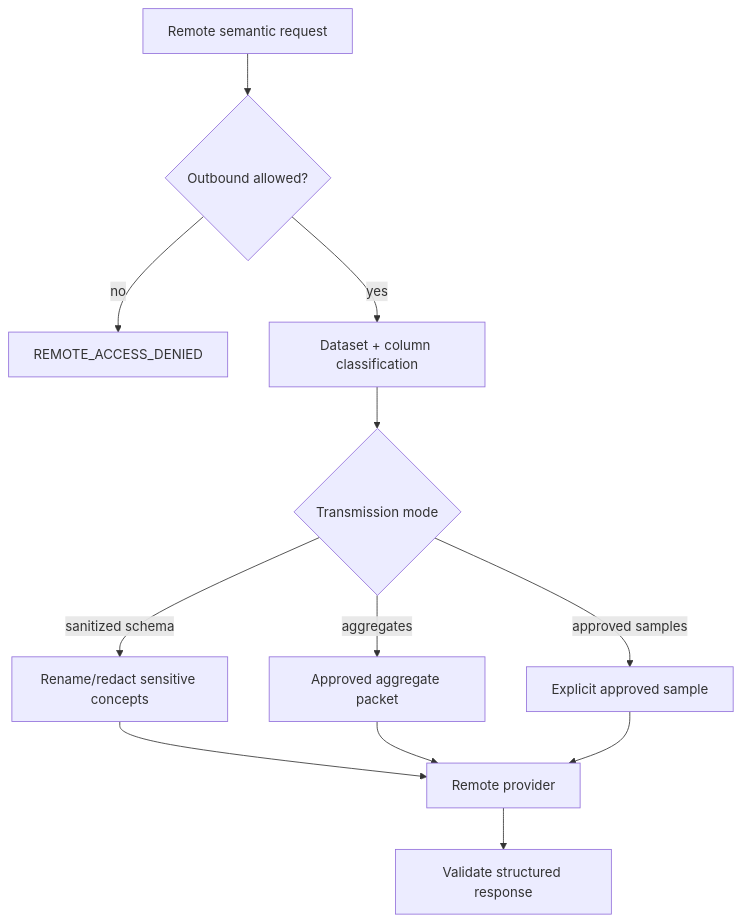
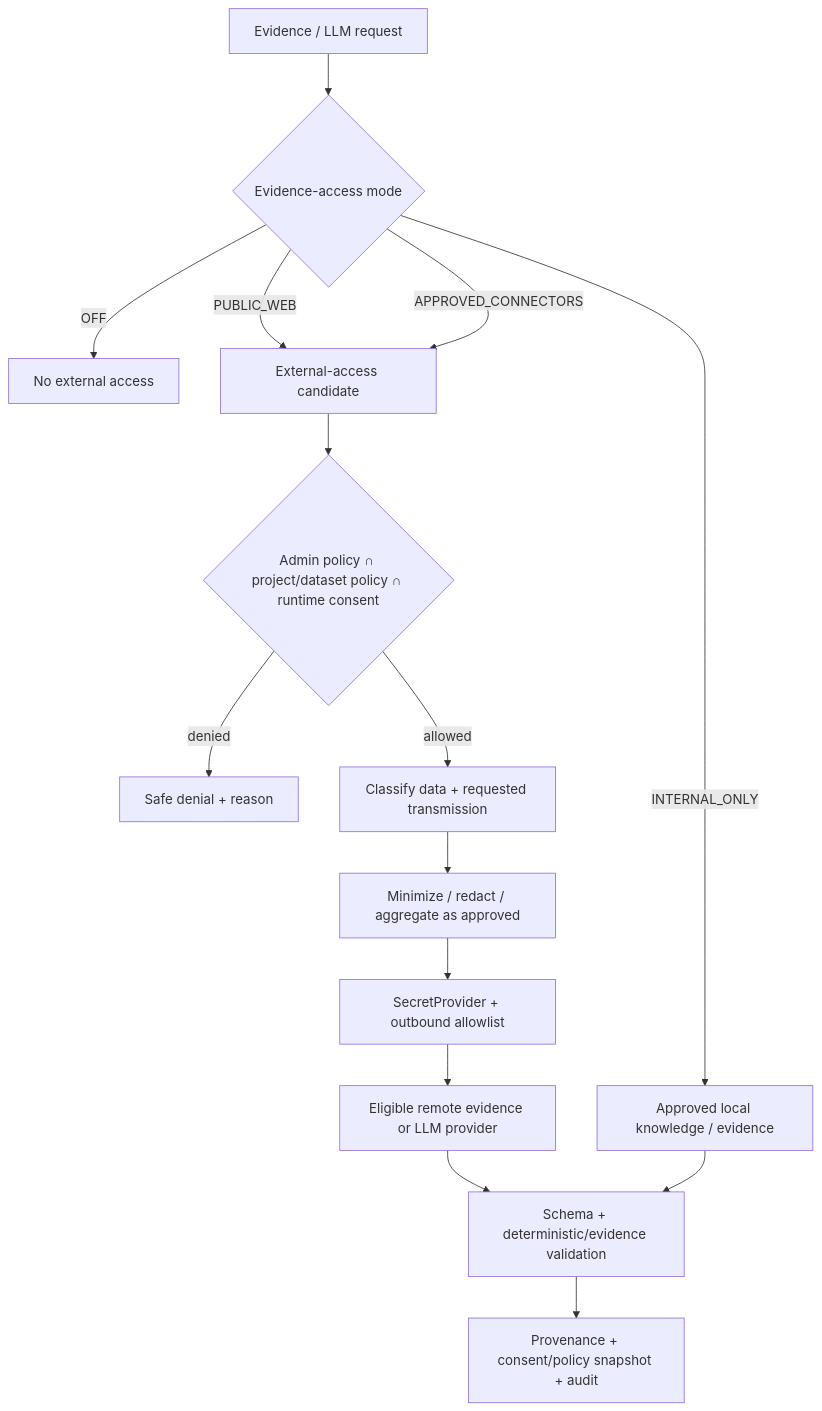
One commit to Kedar-Joshi07/IPSP changed the diagram in flows/16_PRIVACY_REMOTE_LLM.md. Above: the diagram before and after it, drawn with Mermaid. The commit also changed other lines of this file and 43 other files, not shown here.

````diff
--- a/flows/16_PRIVACY_REMOTE_LLM.md
+++ b/flows/16_PRIVACY_REMOTE_LLM.md
@@ -2,14 +2,17 @@
 ```mermaid
 flowchart TD
-  REQ[Remote semantic request] --> POL{Outbound allowed?}
-  POL -- no --> DENY[REMOTE_ACCESS_DENIED]
-  POL -- yes --> CLASS[Dataset + column classification]
-  CLASS --> MODE{Transmission mode}
-  MODE -->|sanitized schema| SAN[Rename/redact sensitive concepts]
-  MODE -->|aggregates| AGG[Approved aggregate packet]
-  MODE -->|approved samples| SMP[Explicit approved sample]
-  SAN --> SEND[Remote provider]
-  AGG --> SEND
-  SMP --> SEND
-  SEND --> VAL[Validate structured response]
+  REQ[Evidence / LLM request] --> MODE{Evidence-access mode}
+  MODE -->|OFF| DENY[No external access]
+  MODE -->|INTERNAL_ONLY| INTERNAL[Approved local knowledge / evidence]
+  MODE -->|PUBLIC_WEB| EXT[External-access candidate]
+  MODE -->|APPROVED_CONNECTORS| EXT
+  EXT --> POL{Admin policy ∩ project/dataset policy ∩ runtime consent}
+  POL -- denied --> DENY2[Safe denial + reason]
+  POL -- allowed --> CLASS[Classify data + requested transmission]
+  CLASS --> SAN[Minimize / redact / aggregate as approved]
+  SAN --> SEC[SecretProvider + outbound allowlist]
+  SEC --> SEND[Eligible remote evidence or LLM provider]
+  SEND --> VAL[Schema + deterministic/evidence validation]
+  INTERNAL --> VAL
+  VAL --> AUD[Provenance + consent/policy snapshot + audit]
 ```
````
